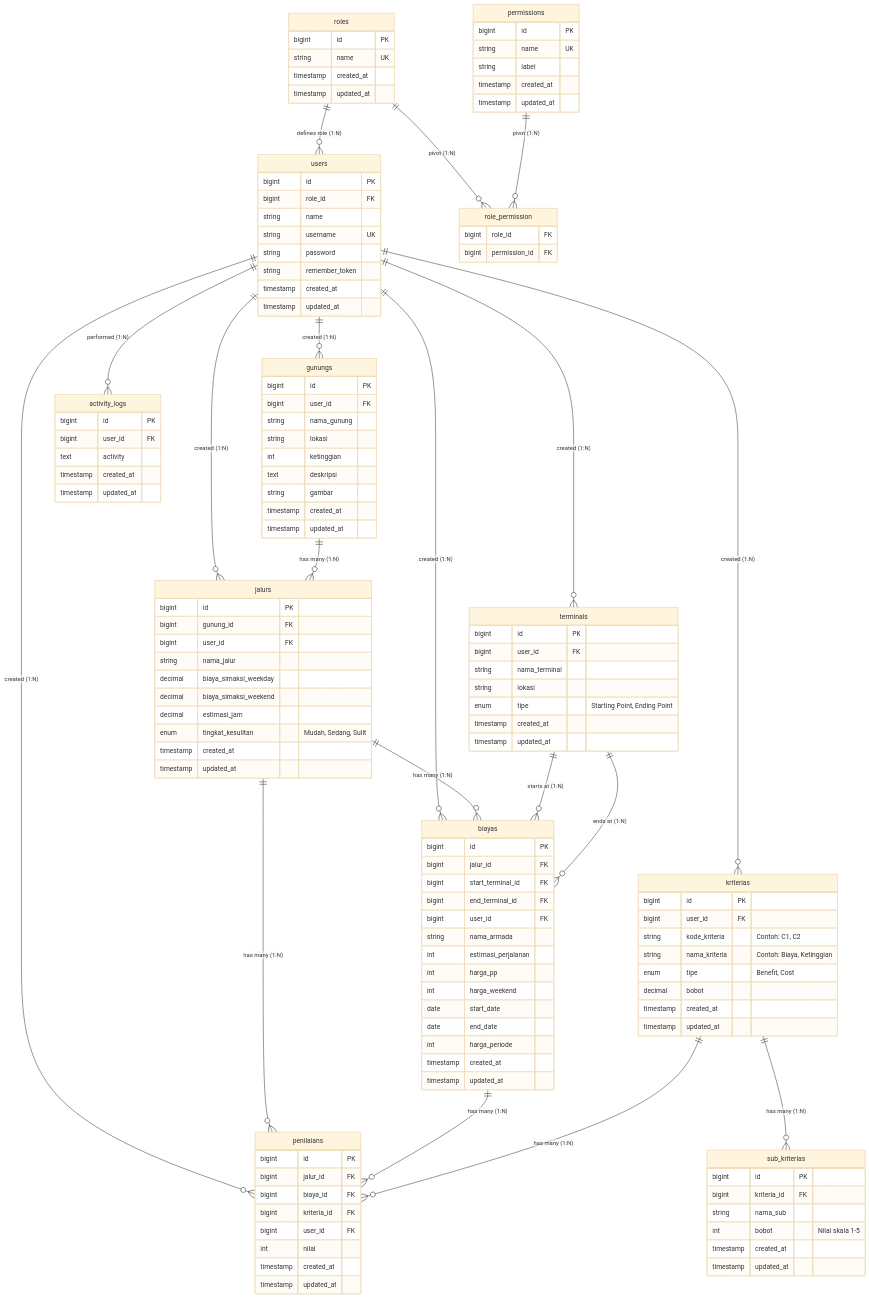
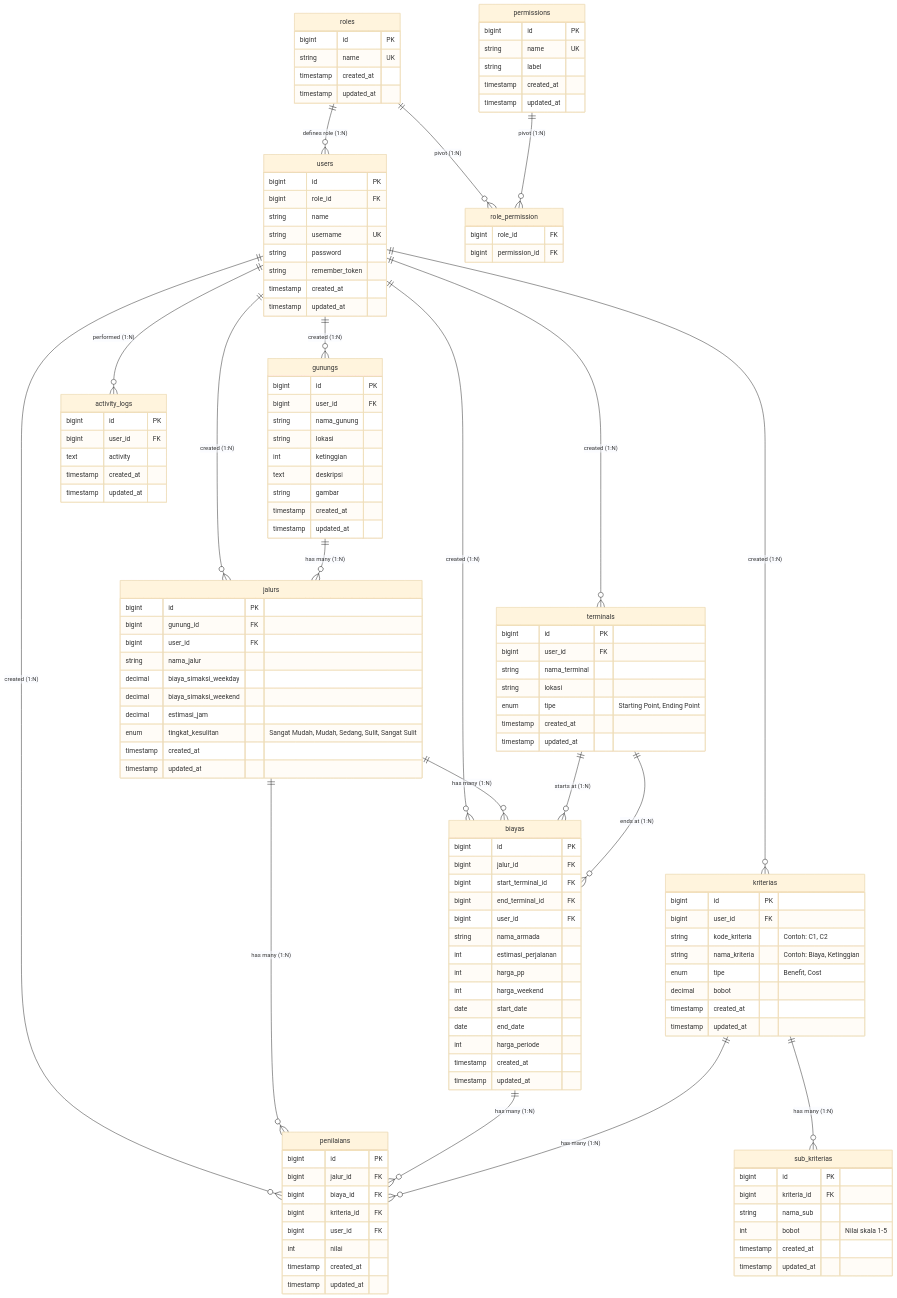
One commit to adityasatyalaksana/SPK-MOORA-BACKUP changed the diagram in database_erd.md. Above: the diagram before and after it, drawn with Mermaid (base theme). The commit also changed 8 other files, not shown here.

Commit message:
docs & design: update ERD/LRS diagram layout scaling, tingkat_kesulitan enum, system analysis, and calculation UI

```diff
--- a/database_erd.md
+++ b/database_erd.md
@@ -59,7 +59,7 @@
         decimal biaya_simaksi_weekday
         decimal biaya_simaksi_weekend
         decimal estimasi_jam
-        enum tingkat_kesulitan "Mudah, Sedang, Sulit"
+        enum tingkat_kesulitan "Sangat Mudah, Mudah, Sedang, Sulit, Sangat Sulit"
         timestamp created_at
         timestamp updated_at
     }
```
